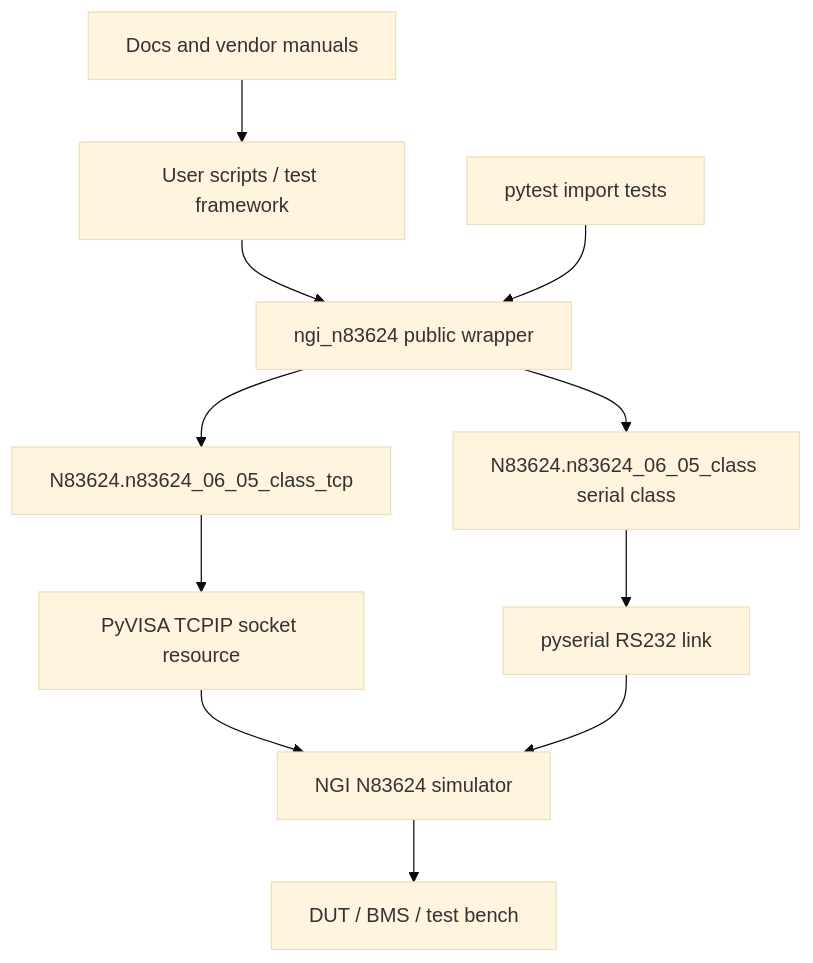
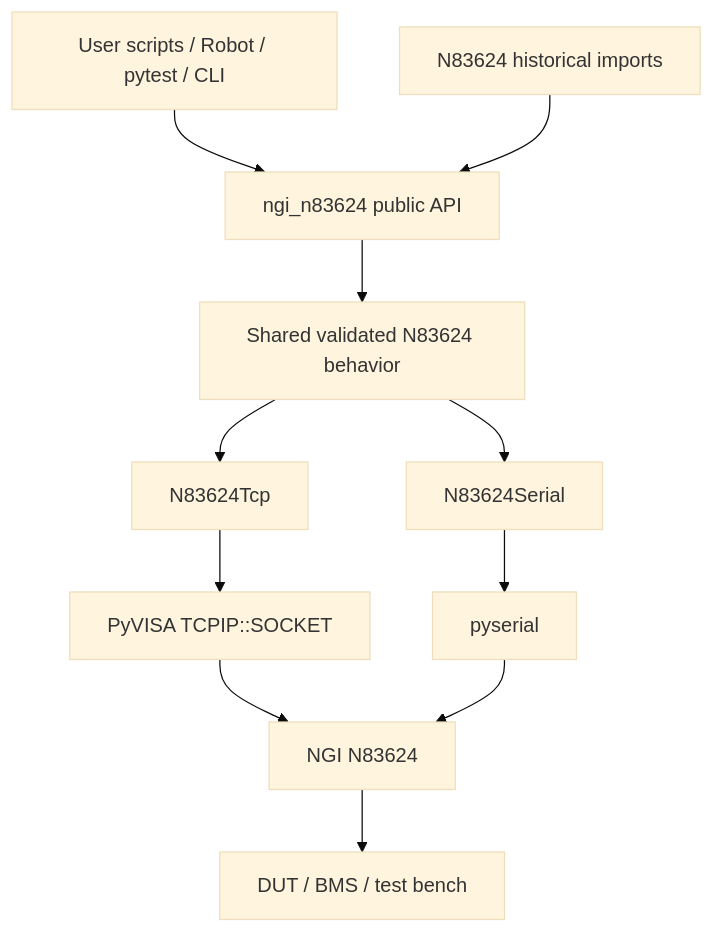
The diagram in README.md (ami3go/NGI-N83624-Battery-simulator), drawn with Mermaid (base theme) before and after one commit. The commit also changed other lines of this file and 18 other files, not shown here.

````diff
--- a/README.md
+++ b/README.md
@@ -70,13 +155,13 @@
 ```mermaid
 flowchart TB
-    USER[User scripts / test framework] --> WRAP[ngi_n83624 public wrapper]
-    WRAP --> TCP[N83624.n83624_06_05_class_tcp]
-    WRAP --> SER[N83624.n83624_06_05_class serial class]
-    TCP --> VISA[PyVISA TCPIP socket resource]
-    SER --> PYSERIAL[pyserial RS232 link]
-    VISA --> HW[NGI N83624 simulator]
+    USER[User scripts / Robot / pytest / CLI] --> API[ngi_n83624 public API]
+    LEGACY[N83624 historical imports] --> API
+    API --> BASE[Shared validated N83624 behavior]
+    BASE --> TCP[N83624Tcp]
+    BASE --> SERIAL[N83624Serial]
+    TCP --> VISA[PyVISA TCPIP::SOCKET]
+    SERIAL --> PYSERIAL[pyserial]
+    VISA --> HW[NGI N83624]
     PYSERIAL --> HW
     HW --> DUT[DUT / BMS / test bench]
-    DOCS[Docs and vendor manuals] --> USER
-    TESTS[pytest import tests] --> WRAP
 ```
````
